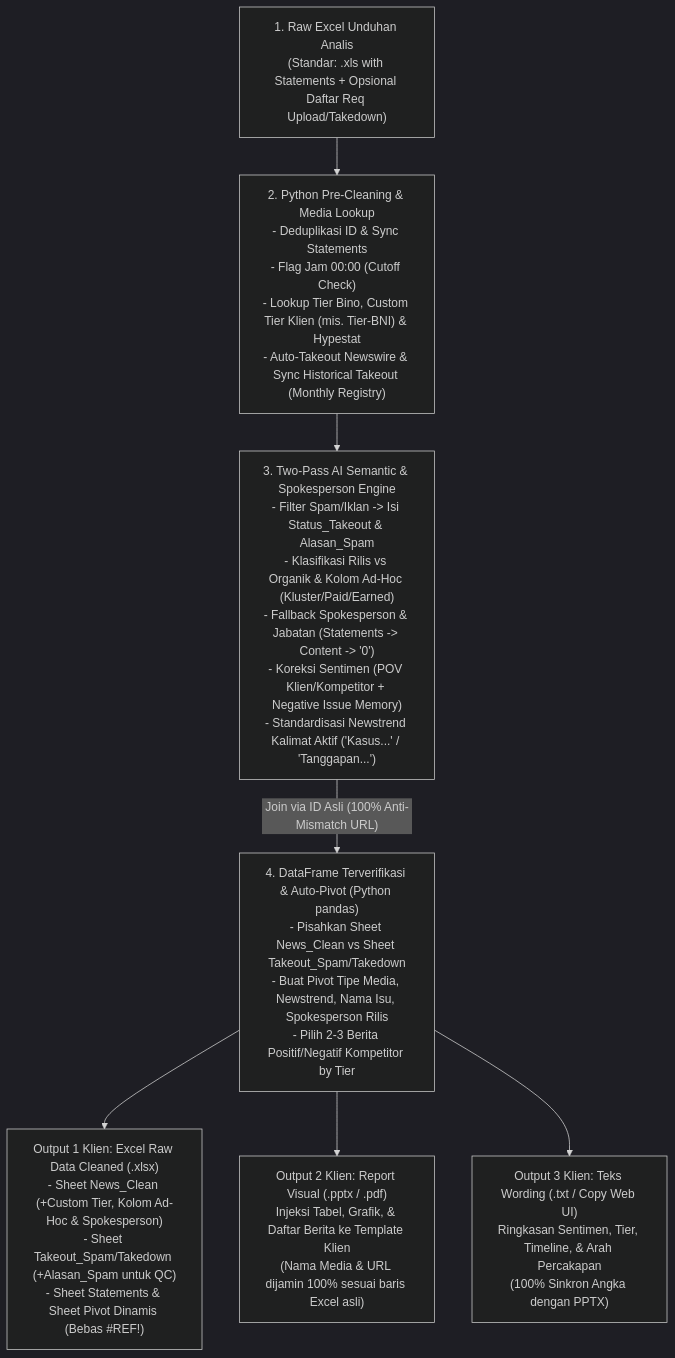
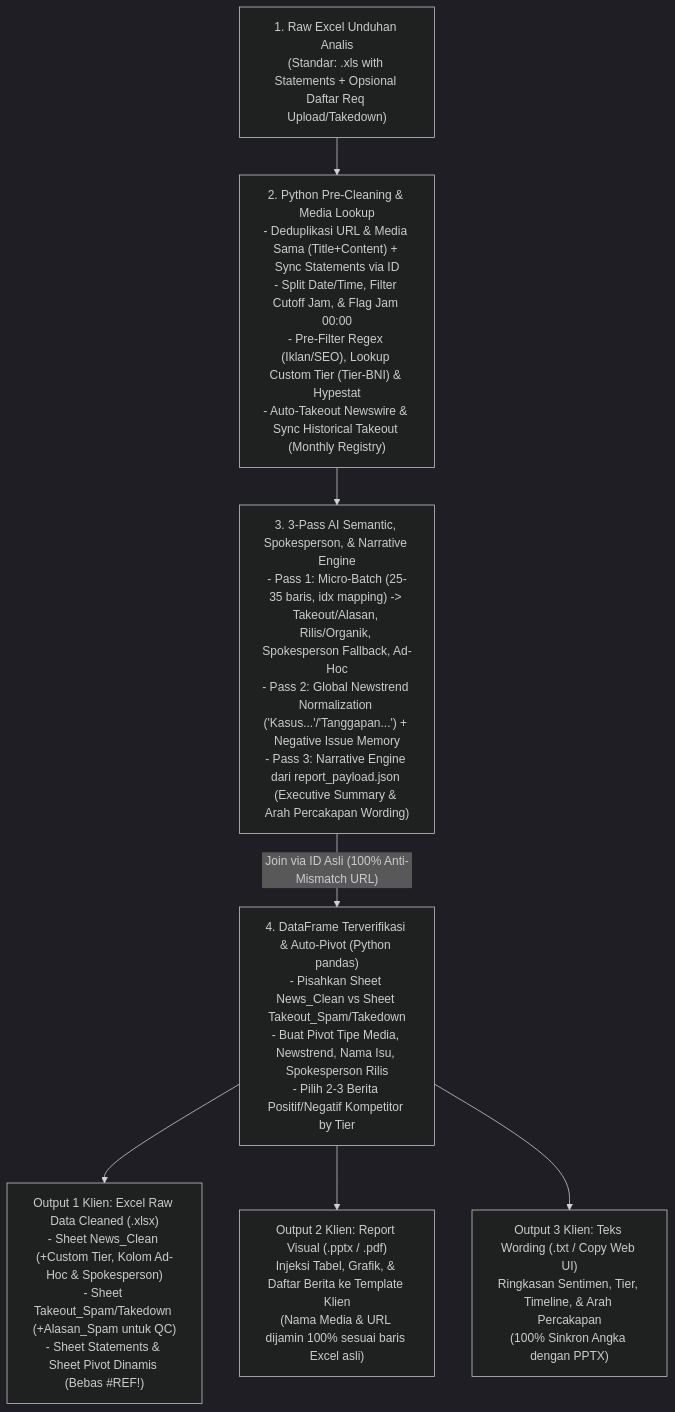
Before and after one commit to Rambu464/automation-report: the fourth of 4 diagrams in docs/phase-2-design/SAD.md, drawn with Mermaid (dark theme). The commit also changed other lines of this file and 3 other files, not shown here.

````diff
--- a/docs/phase-2-design/SAD.md
+++ b/docs/phase-2-design/SAD.md
@@ -180,12 +317,12 @@
 ```mermaid
 flowchart TD
-    RawExcel["1. Raw Excel Unduhan Analis<br/>(Standar: .xls with Statements + Opsional Daftar Req Upload/Takedown)"] --> PreClean["2. Python Pre-Cleaning & Media Lookup<br/>- Deduplikasi ID & Sync Statements<br/>- Flag Jam 00:00 (Cutoff Check)<br/>- Lookup Tier Bino, Custom Tier Klien (mis. Tier-BNI) & Hypestat<br/>- Auto-Takeout Newswire & Sync Historical Takeout (Monthly Registry)"]
+    RawExcel["1. Raw Excel Unduhan Analis<br/>(Standar: .xls with Statements + Opsional Daftar Req Upload/Takedown)"] --> PreClean["2. Python Pre-Cleaning & Media Lookup<br/>- Deduplikasi URL & Media Sama (Title+Content) + Sync Statements via ID<br/>- Split Date/Time, Filter Cutoff Jam, & Flag Jam 00:00<br/>- Pre-Filter Regex (Iklan/SEO), Lookup Custom Tier (Tier-BNI) & Hypestat<br/>- Auto-Takeout Newswire & Sync Historical Takeout (Monthly Registry)"]
 
-    PreClean --> AIBatch["3. Two-Pass AI Semantic & Spokesperson Engine<br/>- Filter Spam/Iklan -> Isi Status_Takeout & Alasan_Spam<br/>- Klasifikasi Rilis vs Organik & Kolom Ad-Hoc (Kluster/Paid/Earned)<br/>- Fallback Spokesperson & Jabatan (Statements -> Content -> '0')<br/>- Koreksi Sentimen (POV Klien/Kompetitor + Negative Issue Memory)<br/>- Standardisasi Newstrend Kalimat Aktif ('Kasus...' / 'Tanggapan...')"]
+    PreClean --> AIBatch["3. 3-Pass AI Semantic, Spokesperson, & Narrative Engine<br/>- Pass 1: Micro-Batch (25-35 baris, idx mapping) -> Takeout/Alasan, Rilis/Organik, Spokesperson Fallback, Ad-Hoc<br/>- Pass 2: Global Newstrend Normalization ('Kasus...'/'Tanggapan...') + Negative Issue Memory<br/>- Pass 3: Narrative Engine dari report_payload.json (Executive Summary & Arah Percakapan Wording)"]
 
     AIBatch -->|"Join via ID Asli (100% Anti-Mismatch URL)"| CleanDF["4. DataFrame Terverifikasi & Auto-Pivot (Python pandas)<br/>- Pisahkan Sheet News_Clean vs Sheet Takeout_Spam/Takedown<br/>- Buat Pivot Tipe Media, Newstrend, Nama Isu, Spokesperson Rilis<br/>- Pilih 2-3 Berita Positif/Negatif Kompetitor by Tier"]
 
     CleanDF --> OutExcel["Output 1 Klien: Excel Raw Data Cleaned (.xlsx)<br/>- Sheet News_Clean (+Custom Tier, Kolom Ad-Hoc & Spokesperson)<br/>- Sheet Takeout_Spam/Takedown (+Alasan_Spam untuk QC)<br/>- Sheet Statements & Sheet Pivot Dinamis (Bebas #REF!)"]
     CleanDF --> OutPPTPDF["Output 2 Klien: Report Visual (.pptx / .pdf)<br/>Injeksi Tabel, Grafik, & Daftar Berita ke Template Klien<br/>(Nama Media & URL dijamin 100% sesuai baris Excel asli)"]
     CleanDF --> OutWording["Output 3 Klien: Teks Wording (.txt / Copy Web UI)<br/>Ringkasan Sentimen, Tier, Timeline, & Arah Percakapan<br/>(100% Sinkron Angka dengan PPTX)"]
 ```
````
